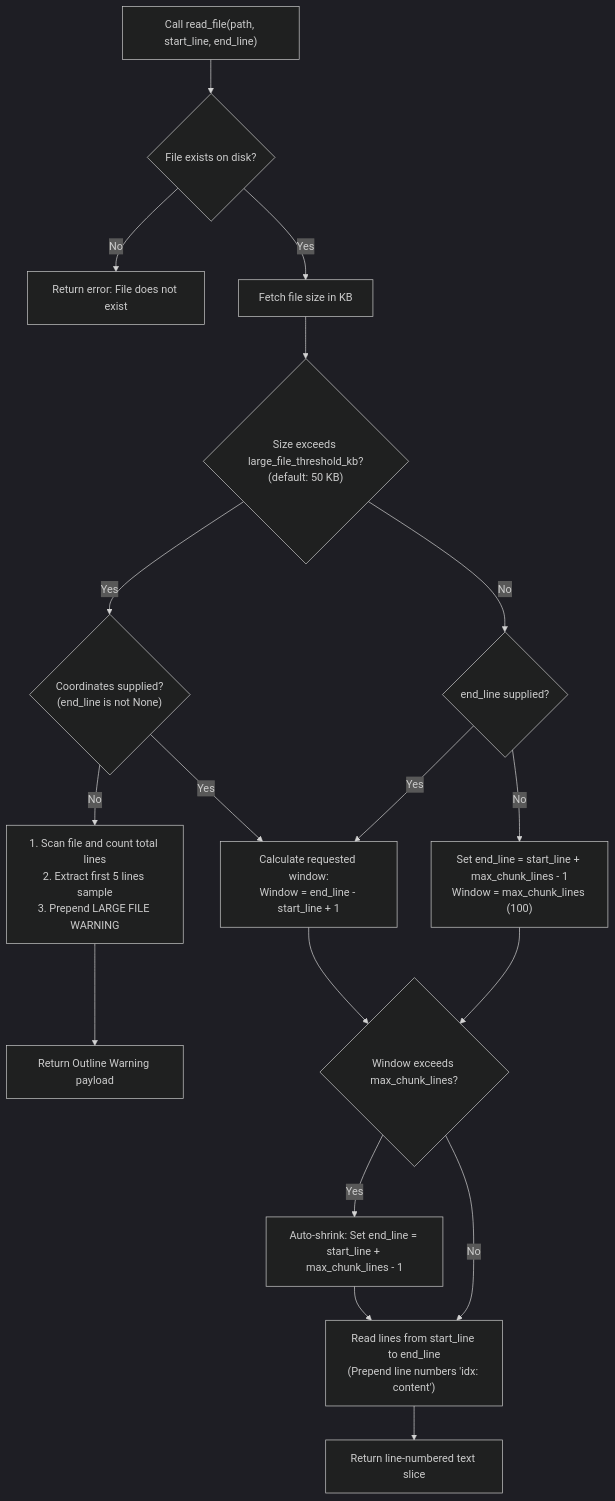
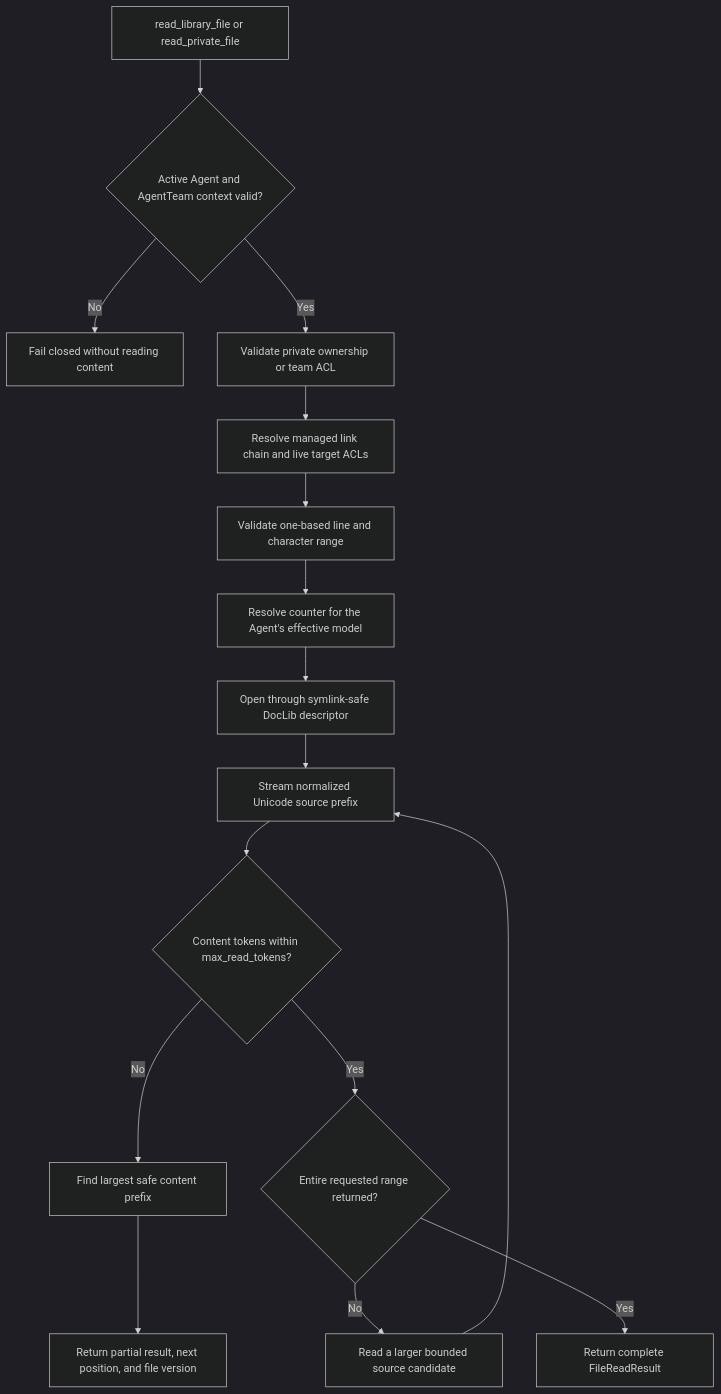
Before and after one commit to AI-Team-Team/AI-Team-Team: the first of 4 diagrams in docs/flowcharts/Gated_Reading.md, drawn with Mermaid (dark theme). The commit also changed other lines of this file and 37 other files, not shown here.

First line of the commit message:
feat(file-reading): add token-gated model file access

````diff
--- a/docs/flowcharts/Gated_Reading.md
+++ b/docs/flowcharts/Gated_Reading.md
@@ -9,30 +7,18 @@
 ```mermaid
 flowchart TD
-    Start["Call read_file(path, start_line, end_line)"] --> FileExist{"File exists on disk?"}
-    
-    FileExist -- "No" --> ReturnError["Return error: File does not exist"]
-    FileExist -- "Yes" --> GetSize["Fetch file size in KB"]
-    
-    GetSize --> SizeGate{"Size exceeds large_file_threshold_kb?\n(default: 50 KB)"}
-    
-    SizeGate -- "Yes" --> EndLineGate{"Coordinates supplied?\n(end_line is not None)"}
-    
-    EndLineGate -- "No" --> CountLines["1. Scan file and count total lines\n2. Extract first 5 lines sample\n3. Prepend LARGE FILE WARNING"]
-    CountLines --> ReturnOutline["Return Outline Warning payload"]
-    
-    EndLineGate -- "Yes" --> CalculateCap["Calculate requested window:\nWindow = end_line - start_line + 1"]
-    SizeGate -- "No" --> DefaultEndLine{"end_line supplied?"}
-    
-    DefaultEndLine -- "No" --> CalculateCapDefault["Set end_line = start_line + max_chunk_lines - 1\nWindow = max_chunk_lines (100)"]
-    DefaultEndLine -- "Yes" --> CalculateCap
-    
-    CalculateCap --> CapCheck{"Window exceeds max_chunk_lines?"}
-    CalculateCapDefault --> CapCheck
-    
-    CapCheck -- "Yes" --> ShrinkWindow["Auto-shrink: Set end_line = start_line + max_chunk_lines - 1"]
-    ShrinkWindow --> ReadSlice["Read lines from start_line to end_line\n(Prepend line numbers 'idx: content')"]
-    
-    CapCheck -- "No" --> ReadSlice
-    
-    ReadSlice --> ReturnChunk["Return line-numbered text slice"]
+    Tool["read_library_file or read_private_file"] --> Context{"Active Agent and AgentTeam context valid?"}
+    Context -- "No" --> Deny["Fail closed without reading content"]
+    Context -- "Yes" --> Authorization["Validate private ownership or team ACL"]
+    Authorization --> Link["Resolve managed link chain and live target ACLs"]
+    Link --> Range["Validate one-based line and character range"]
+    Range --> Counter["Resolve counter for the Agent's effective model"]
+    Counter --> SecureOpen["Open through symlink-safe DocLib descriptor"]
+    SecureOpen --> Read["Stream normalized Unicode source prefix"]
+    Read --> Count{"Content tokens within max_read_tokens?"}
+    Count -- "No" --> Trim["Find largest safe content prefix"]
+    Count -- "Yes" --> Complete{"Entire requested range returned?"}
+    Trim --> Partial["Return partial result, next position, and file version"]
+    Complete -- "No" --> Expand["Read a larger bounded source candidate"]
+    Expand --> Read
+    Complete -- "Yes" --> Done["Return complete FileReadResult"]
 ```
````
